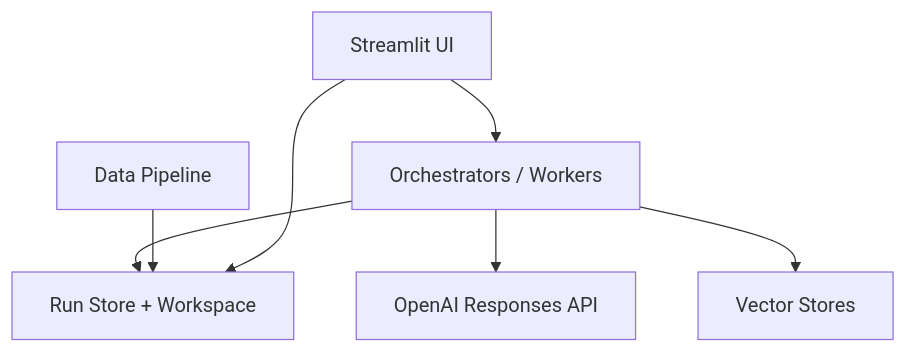
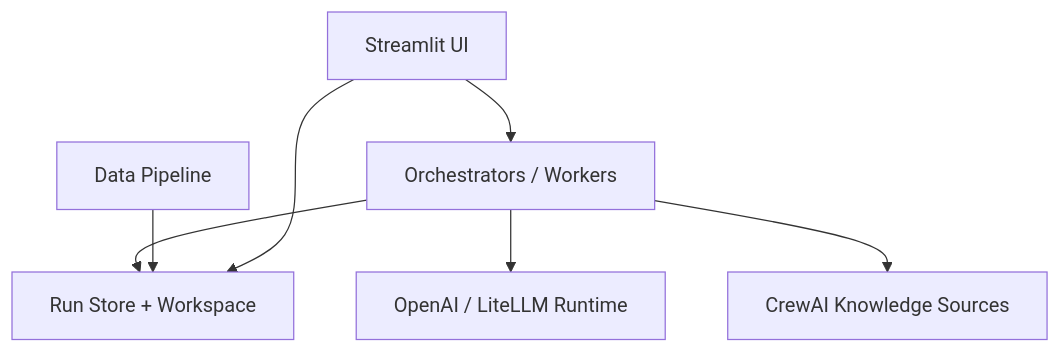
One commit to albauer-priv/RPS changed the second of 4 diagrams in doc/architecture/system_architecture.md. Above: the diagram before and after it, drawn with Mermaid. The commit also changed other lines of this file and 58 other files, not shown here.

````diff
--- a/doc/architecture/system_architecture.md
+++ b/doc/architecture/system_architecture.md
@@ -115,9 +115,9 @@
 ```mermaid
 flowchart TB
   UI["Streamlit UI"] --> ORCH["Orchestrators / Workers"]
   ORCH --> STORE["Run Store + Workspace"]
-  ORCH --> OPENAI["OpenAI Responses API"]
-  ORCH --> VS["Vector Stores"]
+  ORCH --> OPENAI["OpenAI / LiteLLM Runtime"]
+  ORCH --> KNOW["CrewAI Knowledge Sources"]
   PIPE["Data Pipeline"] --> STORE
   UI --> STORE
 ```
````
